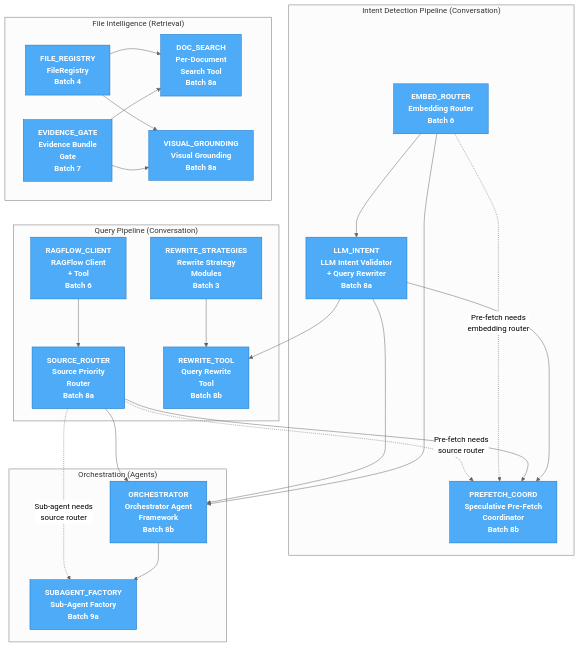
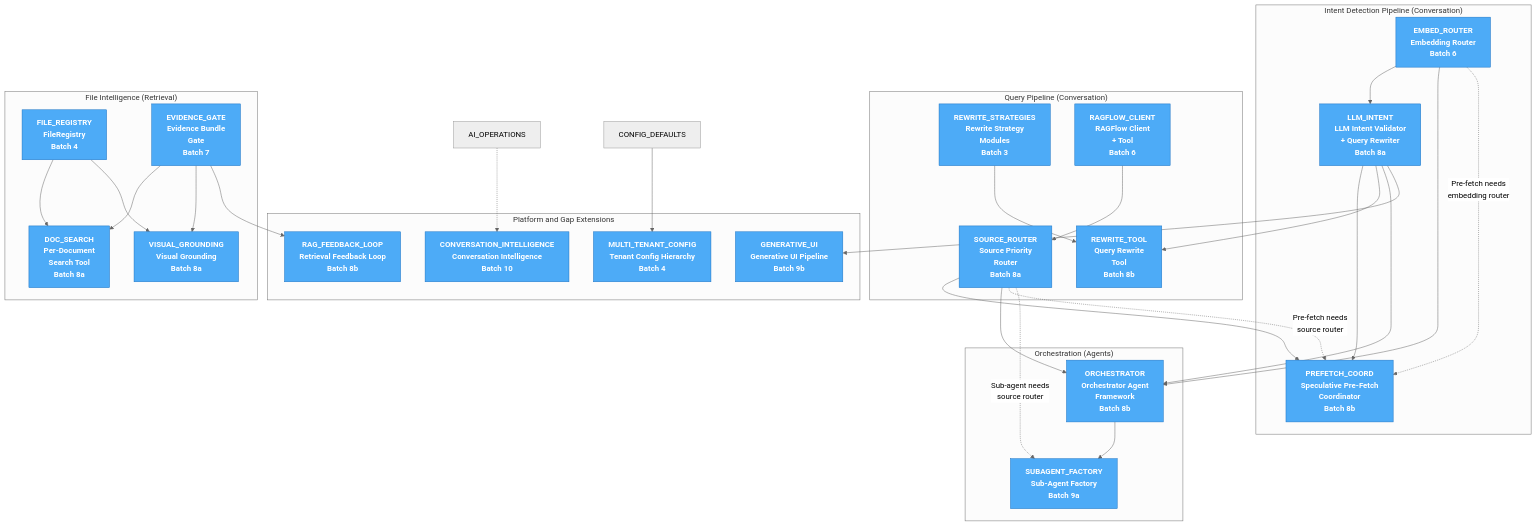
One commit to 1qh/safeagent changed the seventh of 10 diagrams in plan/execution.md. Above: the diagram before and after it, drawn with Mermaid (neutral theme). The commit also changed other lines of this file and 9 other files, not shown here.

````diff
--- a/plan/execution.md
+++ b/plan/execution.md
@@ -696,47 +709,58 @@
 ```mermaid
 graph TB
     subgraph INTENT_PIPELINE["Intent Detection Pipeline (Conversation)"]
         EMBED_ROUTER["EMBED_ROUTER<br/>Embedding Router<br/>Batch 6"]:::new
         LLM_INTENT["LLM_INTENT<br/>LLM Intent Validator<br/>+ Query Rewriter<br/>Batch 8a"]:::new
         PREFETCH_COORD["PREFETCH_COORD<br/>Speculative Pre-Fetch<br/>Coordinator<br/>Batch 8b"]:::new
     end
 
     subgraph QUERY_PIPELINE["Query Pipeline (Conversation)"]
         REWRITE_STRATEGIES["REWRITE_STRATEGIES<br/>Rewrite Strategy<br/>Modules<br/>Batch 3"]:::new
         RAGFLOW_CLIENT["RAGFLOW_CLIENT<br/>RAGFlow Client<br/>+ Tool<br/>Batch 6"]:::new
         SOURCE_ROUTER["SOURCE_ROUTER<br/>Source Priority<br/>Router<br/>Batch 8a"]:::new
         REWRITE_TOOL["REWRITE_TOOL<br/>Query Rewrite<br/>Tool<br/>Batch 8b"]:::new
     end
 
     subgraph FILE_INTELLIGENCE["File Intelligence (Retrieval)"]
         FILE_REGISTRY["FILE_REGISTRY<br/>FileRegistry<br/>Batch 4"]:::new
         EVIDENCE_GATE["EVIDENCE_GATE<br/>Evidence Bundle<br/>Gate<br/>Batch 7"]:::new
         DOC_SEARCH["DOC_SEARCH<br/>Per-Document<br/>Search Tool<br/>Batch 8a"]:::new
         VISUAL_GROUNDING["VISUAL_GROUNDING<br/>Visual Grounding<br/>Batch 8a"]:::new
     end
 
     subgraph ORCHESTRATION["Orchestration (Agents)"]
         ORCHESTRATOR["ORCHESTRATOR<br/>Orchestrator Agent<br/>Framework<br/>Batch 8b"]:::new
         SUBAGENT_FACTORY["SUBAGENT_FACTORY<br/>Sub-Agent Factory<br/>Batch 9a"]:::new
     end
 
+    subgraph PLATFORM_EXTENSIONS["Platform and Gap Extensions"]
+        MULTI_TENANT_CONFIG["MULTI_TENANT_CONFIG<br/>Tenant Config Hierarchy<br/>Batch 4"]:::new
+        RAG_FEEDBACK_LOOP["RAG_FEEDBACK_LOOP<br/>Retrieval Feedback Loop<br/>Batch 8b"]:::new
+        GENERATIVE_UI["GENERATIVE_UI<br/>Generative UI Pipeline<br/>Batch 9b"]:::new
+        CONVERSATION_INTELLIGENCE["CONVERSATION_INTELLIGENCE<br/>Conversation Intelligence<br/>Batch 10"]:::new
+    end
+
     EMBED_ROUTER --> LLM_INTENT --> PREFETCH_COORD
     LLM_INTENT --> REWRITE_TOOL
     RAGFLOW_CLIENT --> SOURCE_ROUTER --> PREFETCH_COORD
     REWRITE_STRATEGIES --> REWRITE_TOOL
     FILE_REGISTRY --> DOC_SEARCH
     FILE_REGISTRY --> VISUAL_GROUNDING
     EVIDENCE_GATE --> DOC_SEARCH
     EVIDENCE_GATE --> VISUAL_GROUNDING
     EMBED_ROUTER --> ORCHESTRATOR
     LLM_INTENT --> ORCHESTRATOR
     SOURCE_ROUTER --> ORCHESTRATOR
     ORCHESTRATOR --> SUBAGENT_FACTORY
+    EVIDENCE_GATE --> RAG_FEEDBACK_LOOP
+    LLM_INTENT --> GENERATIVE_UI
+    AI_OPERATIONS -.-> CONVERSATION_INTELLIGENCE
+    CONFIG_DEFAULTS --> MULTI_TENANT_CONFIG
 
     %% Cross-pipeline dependencies
     EMBED_ROUTER -.->|"Pre-fetch needs<br/>embedding router"| PREFETCH_COORD
     SOURCE_ROUTER -.->|"Pre-fetch needs<br/>source router"| PREFETCH_COORD
     SOURCE_ROUTER -.->|"Sub-agent needs<br/>source router"| SUBAGENT_FACTORY
 
     classDef new fill:#4dabf7,stroke:#1971c2,color:white,font-weight:bold
 ```
````
